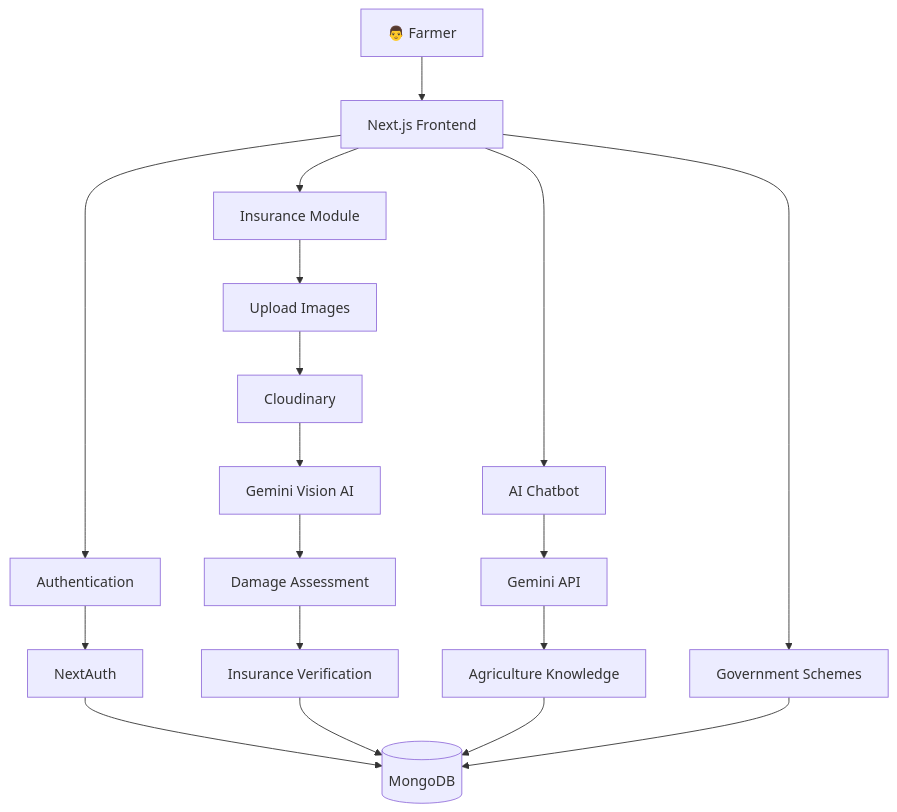
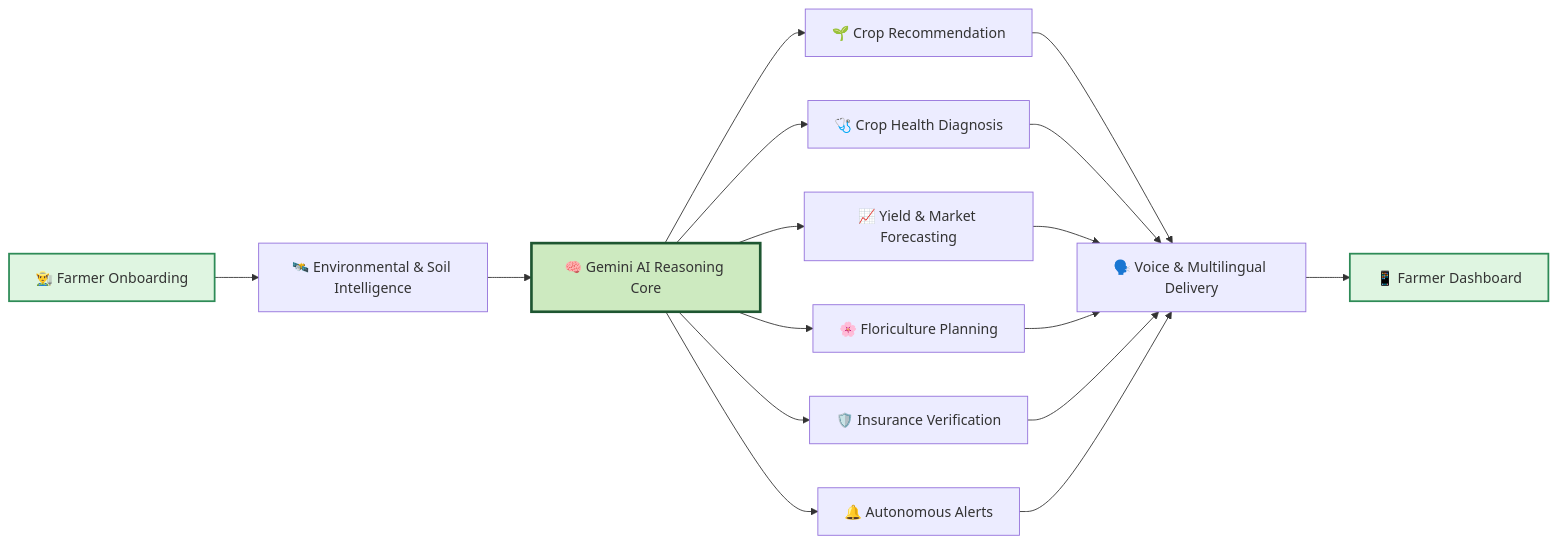
Before and after one commit to Megh2005/Tatva-Agro-System: the diagram in README.md, drawn with Mermaid. The commit also changed other lines of this file and 2 other files, not shown here.

Commit message:
docs: revamp README with animated rice-field banners, badges, and architecture diagram

````diff
--- a/README.md
+++ b/README.md
@@ -145,39 +54,22 @@
 ```mermaid
-flowchart TB
+flowchart LR
+    A["👨‍🌾 Farmer Onboarding"] --> B["🛰️ Environmental & Soil Intelligence"]
+    B --> C["🧠 Gemini AI Reasoning Core"]
+    C --> D["🌱 Crop Recommendation"]
+    C --> E["🩺 Crop Health Diagnosis"]
+    C --> F["📈 Yield & Market Forecasting"]
+    C --> G["🌸 Floriculture Planning"]
+    C --> H["🛡️ Insurance Verification"]
+    C --> I["🔔 Autonomous Alerts"]
+    D --> J["🗣️ Voice & Multilingual Delivery"]
+    E --> J
+    F --> J
+    G --> J
+    H --> J
+    I --> J
+    J --> K["📱 Farmer Dashboard"]
 
-A[👨 Farmer]
-
-A --> B[Next.js Frontend]
-
-B --> C[Authentication]
-
-B --> D[Insurance Module]
-
-B --> E[AI Chatbot]
-
-B --> F[Government Schemes]
-
-C --> G[NextAuth]
-
-G --> H[(MongoDB)]
-
-D --> I[Upload Images]
-
-I --> J[Cloudinary]
-
-J --> K[Gemini Vision AI]
-
-K --> L[Damage Assessment]
-
-L --> M[Insurance Verification]
-
-M --> H
-
-E --> N[Gemini API]
-
-N --> O[Agriculture Knowledge]
-
-O --> H
-
-F --> H
+    style A fill:#DFF5E1,stroke:#2E8B57,stroke-width:2px
+    style C fill:#CDEAC0,stroke:#1e5631,stroke-width:3px
+    style K fill:#DFF5E1,stroke:#2E8B57,stroke-width:2px
 ```
````
